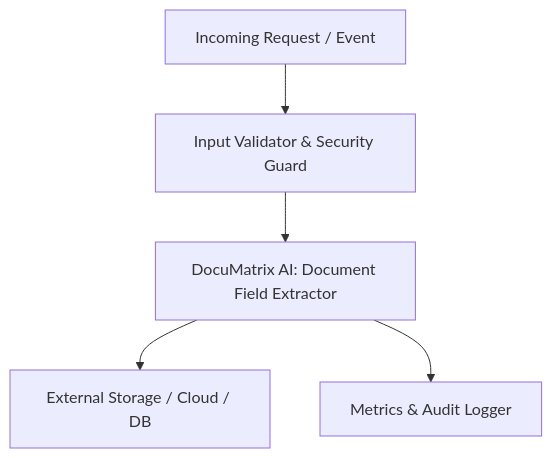
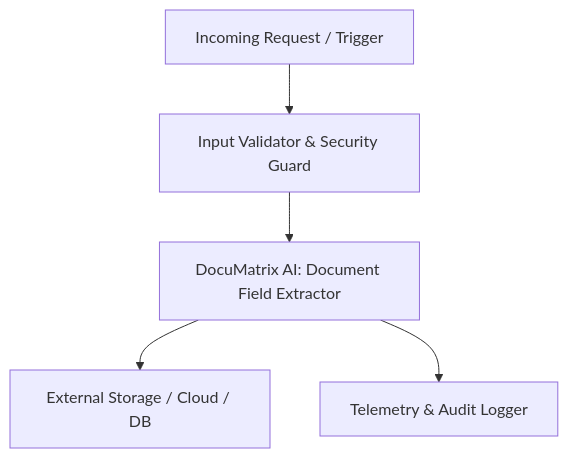
Before and after one commit to smit-backend/laravel-docu-extract-ai: the diagram in README.md, drawn with Mermaid. The commit also changed other lines of this file, not shown here.

Commit message:
docs(readme): add detailed architectural flowchart, usage examples, and badges

````diff
--- a/README.md
+++ b/README.md
@@ -23,7 +23,7 @@
 ```mermaid
 graph TD
-    Client[Incoming Request / Event] --> Gate[Input Validator & Security Guard]
+    Client[Incoming Request / Trigger] --> Gate[Input Validator & Security Guard]
     Gate --> CoreEngine[DocuMatrix AI: Document Field Extractor]
     CoreEngine --> Adapter[External Storage / Cloud / DB]
-    CoreEngine --> Observer[Metrics & Audit Logger]
+    CoreEngine --> Observer[Telemetry & Audit Logger]
 ```
````
